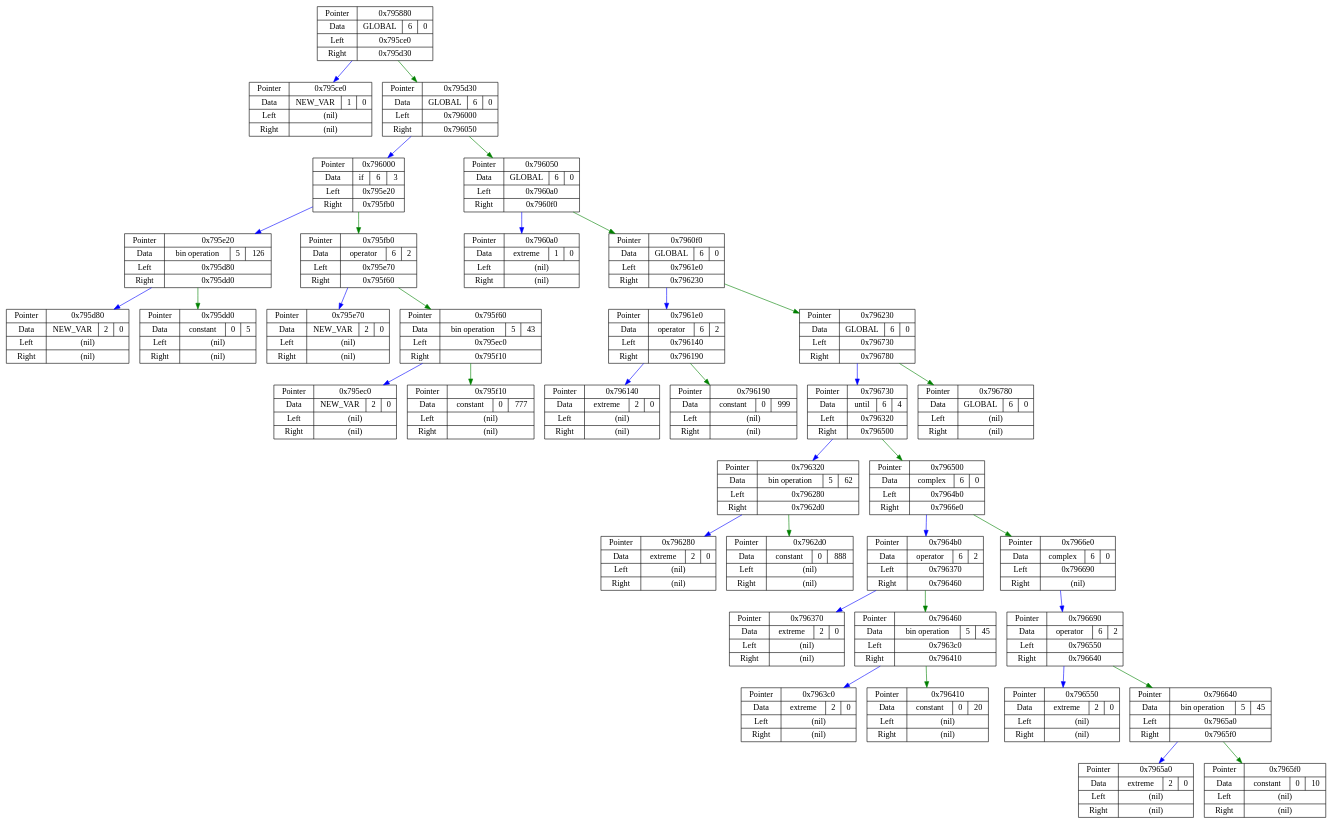
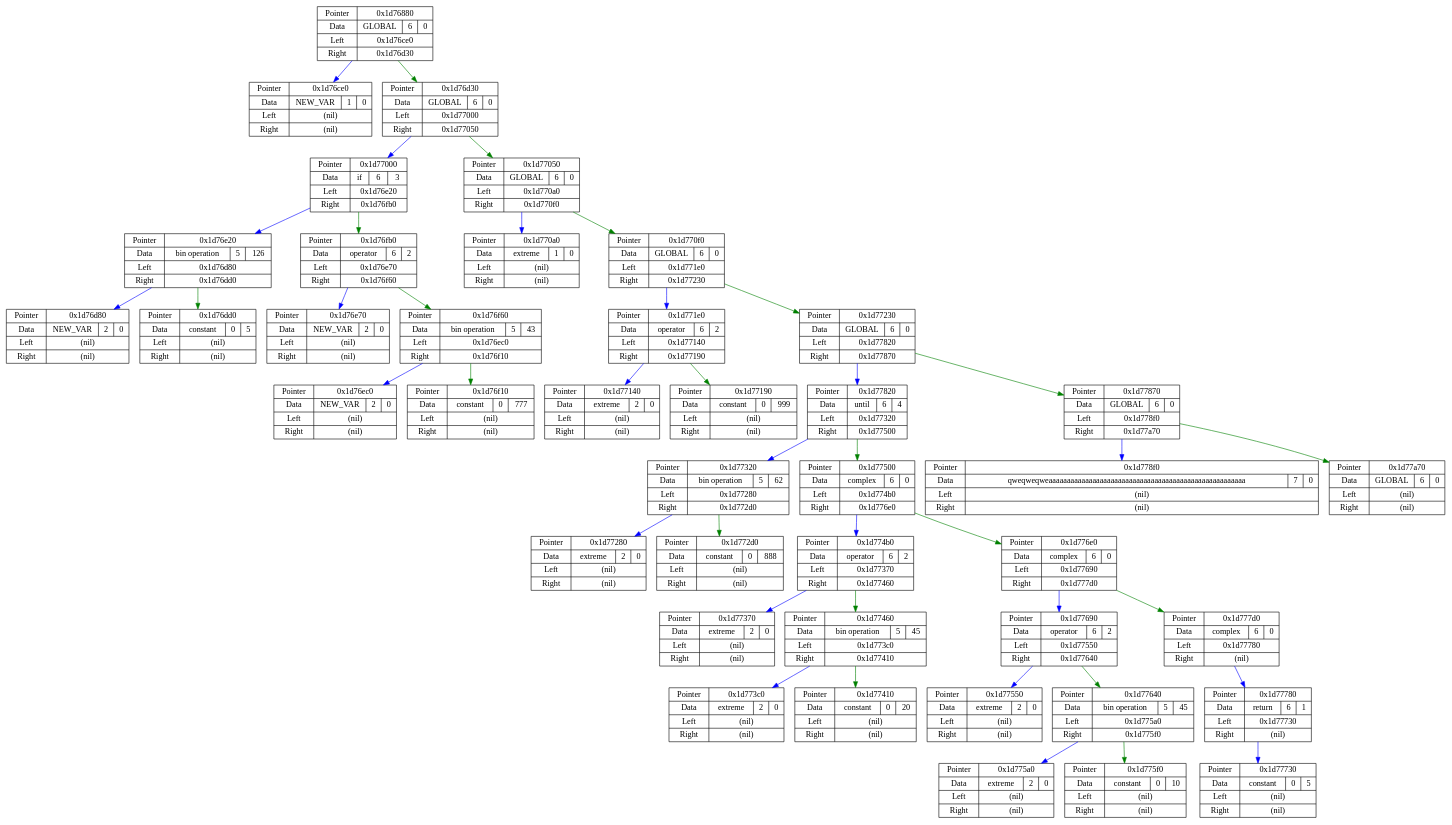
One commit to E3798211/JIT changed the diagram in Junk/dotdata.dot. Above: the diagram before and after it, drawn with Graphviz. The commit also changed 5 other files, not shown here.

```diff
--- a/Junk/dotdata.dot
+++ b/Junk/dotdata.dot
@@ -1,74 +1,84 @@
 digraph G {
 node[shape = record];
-7952512  [label = "{ Pointer | Data | Left | Right }  | { 0x795880 | { GLOBAL | 6 | 0 } | 0x795ce0 | 0x795d30 }"];
-7953632  [label = "{ Pointer | Data | Left | Right }  | { 0x795ce0 | { NEW_VAR | 1 | 0 } | (nil) | (nil) }"];
-7953712  [label = "{ Pointer | Data | Left | Right }  | { 0x795d30 | { GLOBAL | 6 | 0 } | 0x796000 | 0x796050 }"];
-7954432  [label = "{ Pointer | Data | Left | Right }  | { 0x796000 | { if | 6 | 3 } | 0x795e20 | 0x795fb0 }"];
-7953952  [label = "{ Pointer | Data | Left | Right }  | { 0x795e20 | { bin operation | 5 | 126 } | 0x795d80 | 0x795dd0 }"];
-7953792  [label = "{ Pointer | Data | Left | Right }  | { 0x795d80 | { NEW_VAR | 2 | 0 } | (nil) | (nil) }"];
-7953872  [label = "{ Pointer | Data | Left | Right }  | { 0x795dd0 | { constant | 0 | 5 } | (nil) | (nil) }"];
-7954352  [label = "{ Pointer | Data | Left | Right }  | { 0x795fb0 | { operator | 6 | 2 } | 0x795e70 | 0x795f60 }"];
-7954032  [label = "{ Pointer | Data | Left | Right }  | { 0x795e70 | { NEW_VAR | 2 | 0 } | (nil) | (nil) }"];
-7954272  [label = "{ Pointer | Data | Left | Right }  | { 0x795f60 | { bin operation | 5 | 43 } | 0x795ec0 | 0x795f10 }"];
-7954112  [label = "{ Pointer | Data | Left | Right }  | { 0x795ec0 | { NEW_VAR | 2 | 0 } | (nil) | (nil) }"];
-7954192  [label = "{ Pointer | Data | Left | Right }  | { 0x795f10 | { constant | 0 | 777 } | (nil) | (nil) }"];
-7954512  [label = "{ Pointer | Data | Left | Right }  | { 0x796050 | { GLOBAL | 6 | 0 } | 0x7960a0 | 0x7960f0 }"];
-7954592  [label = "{ Pointer | Data | Left | Right }  | { 0x7960a0 | { extreme | 1 | 0 } | (nil) | (nil) }"];
-7954672  [label = "{ Pointer | Data | Left | Right }  | { 0x7960f0 | { GLOBAL | 6 | 0 } | 0x7961e0 | 0x796230 }"];
-7954912  [label = "{ Pointer | Data | Left | Right }  | { 0x7961e0 | { operator | 6 | 2 } | 0x796140 | 0x796190 }"];
-7954752  [label = "{ Pointer | Data | Left | Right }  | { 0x796140 | { extreme | 2 | 0 } | (nil) | (nil) }"];
-7954832  [label = "{ Pointer | Data | Left | Right }  | { 0x796190 | { constant | 0 | 999 } | (nil) | (nil) }"];
-7954992  [label = "{ Pointer | Data | Left | Right }  | { 0x796230 | { GLOBAL | 6 | 0 } | 0x796730 | 0x796780 }"];
-7956272  [label = "{ Pointer | Data | Left | Right }  | { 0x796730 | { until | 6 | 4 } | 0x796320 | 0x796500 }"];
-7955232  [label = "{ Pointer | Data | Left | Right }  | { 0x796320 | { bin operation | 5 | 62 } | 0x796280 | 0x7962d0 }"];
-7955072  [label = "{ Pointer | Data | Left | Right }  | { 0x796280 | { extreme | 2 | 0 } | (nil) | (nil) }"];
-7955152  [label = "{ Pointer | Data | Left | Right }  | { 0x7962d0 | { constant | 0 | 888 } | (nil) | (nil) }"];
-7955712  [label = "{ Pointer | Data | Left | Right }  | { 0x796500 | { complex | 6 | 0 } | 0x7964b0 | 0x7966e0 }"];
-7955632  [label = "{ Pointer | Data | Left | Right }  | { 0x7964b0 | { operator | 6 | 2 } | 0x796370 | 0x796460 }"];
-7955312  [label = "{ Pointer | Data | Left | Right }  | { 0x796370 | { extreme | 2 | 0 } | (nil) | (nil) }"];
-7955552  [label = "{ Pointer | Data | Left | Right }  | { 0x796460 | { bin operation | 5 | 45 } | 0x7963c0 | 0x796410 }"];
-7955392  [label = "{ Pointer | Data | Left | Right }  | { 0x7963c0 | { extreme | 2 | 0 } | (nil) | (nil) }"];
-7955472  [label = "{ Pointer | Data | Left | Right }  | { 0x796410 | { constant | 0 | 20 } | (nil) | (nil) }"];
-7956192  [label = "{ Pointer | Data | Left | Right }  | { 0x7966e0 | { complex | 6 | 0 } | 0x796690 | (nil) }"];
-7956112  [label = "{ Pointer | Data | Left | Right }  | { 0x796690 | { operator | 6 | 2 } | 0x796550 | 0x796640 }"];
-7955792  [label = "{ Pointer | Data | Left | Right }  | { 0x796550 | { extreme | 2 | 0 } | (nil) | (nil) }"];
-7956032  [label = "{ Pointer | Data | Left | Right }  | { 0x796640 | { bin operation | 5 | 45 } | 0x7965a0 | 0x7965f0 }"];
-7955872  [label = "{ Pointer | Data | Left | Right }  | { 0x7965a0 | { extreme | 2 | 0 } | (nil) | (nil) }"];
-7955952  [label = "{ Pointer | Data | Left | Right }  | { 0x7965f0 | { constant | 0 | 10 } | (nil) | (nil) }"];
-7956352  [label = "{ Pointer | Data | Left | Right }  | { 0x796780 | { GLOBAL | 6 | 0 } | (nil) | (nil) }"];
-7952512 -> 7953632 [color = blue];
-7952512 -> 7953712 [color = green];
-7953712 -> 7954432 [color = blue];
-7953712 -> 7954512 [color = green];
-7954432 -> 7953952 [color = blue];
-7954432 -> 7954352 [color = green];
-7953952 -> 7953792 [color = blue];
-7953952 -> 7953872 [color = green];
-7954352 -> 7954032 [color = blue];
-7954352 -> 7954272 [color = green];
-7954272 -> 7954112 [color = blue];
-7954272 -> 7954192 [color = green];
-7954512 -> 7954592 [color = blue];
-7954512 -> 7954672 [color = green];
-7954672 -> 7954912 [color = blue];
-7954672 -> 7954992 [color = green];
-7954912 -> 7954752 [color = blue];
-7954912 -> 7954832 [color = green];
-7954992 -> 7956272 [color = blue];
-7954992 -> 7956352 [color = green];
-7956272 -> 7955232 [color = blue];
-7956272 -> 7955712 [color = green];
-7955232 -> 7955072 [color = blue];
-7955232 -> 7955152 [color = green];
-7955712 -> 7955632 [color = blue];
-7955712 -> 7956192 [color = green];
-7955632 -> 7955312 [color = blue];
-7955632 -> 7955552 [color = green];
-7955552 -> 7955392 [color = blue];
-7955552 -> 7955472 [color = green];
-7956192 -> 7956112 [color = blue];
-7956112 -> 7955792 [color = blue];
-7956112 -> 7956032 [color = green];
-7956032 -> 7955872 [color = blue];
-7956032 -> 7955952 [color = green];
+30894208  [label = "{ Pointer | Data | Left | Right }  | { 0x1d76880 | { GLOBAL | 6 | 0 } | 0x1d76ce0 | 0x1d76d30 }"];
+30895328  [label = "{ Pointer | Data | Left | Right }  | { 0x1d76ce0 | { NEW_VAR | 1 | 0 } | (nil) | (nil) }"];
+30895408  [label = "{ Pointer | Data | Left | Right }  | { 0x1d76d30 | { GLOBAL | 6 | 0 } | 0x1d77000 | 0x1d77050 }"];
+30896128  [label = "{ Pointer | Data | Left | Right }  | { 0x1d77000 | { if | 6 | 3 } | 0x1d76e20 | 0x1d76fb0 }"];
+30895648  [label = "{ Pointer | Data | Left | Right }  | { 0x1d76e20 | { bin operation | 5 | 126 } | 0x1d76d80 | 0x1d76dd0 }"];
+30895488  [label = "{ Pointer | Data | Left | Right }  | { 0x1d76d80 | { NEW_VAR | 2 | 0 } | (nil) | (nil) }"];
+30895568  [label = "{ Pointer | Data | Left | Right }  | { 0x1d76dd0 | { constant | 0 | 5 } | (nil) | (nil) }"];
+30896048  [label = "{ Pointer | Data | Left | Right }  | { 0x1d76fb0 | { operator | 6 | 2 } | 0x1d76e70 | 0x1d76f60 }"];
+30895728  [label = "{ Pointer | Data | Left | Right }  | { 0x1d76e70 | { NEW_VAR | 2 | 0 } | (nil) | (nil) }"];
+30895968  [label = "{ Pointer | Data | Left | Right }  | { 0x1d76f60 | { bin operation | 5 | 43 } | 0x1d76ec0 | 0x1d76f10 }"];
+30895808  [label = "{ Pointer | Data | Left | Right }  | { 0x1d76ec0 | { NEW_VAR | 2 | 0 } | (nil) | (nil) }"];
+30895888  [label = "{ Pointer | Data | Left | Right }  | { 0x1d76f10 | { constant | 0 | 777 } | (nil) | (nil) }"];
+30896208  [label = "{ Pointer | Data | Left | Right }  | { 0x1d77050 | { GLOBAL | 6 | 0 } | 0x1d770a0 | 0x1d770f0 }"];
+30896288  [label = "{ Pointer | Data | Left | Right }  | { 0x1d770a0 | { extreme | 1 | 0 } | (nil) | (nil) }"];
+30896368  [label = "{ Pointer | Data | Left | Right }  | { 0x1d770f0 | { GLOBAL | 6 | 0 } | 0x1d771e0 | 0x1d77230 }"];
+30896608  [label = "{ Pointer | Data | Left | Right }  | { 0x1d771e0 | { operator | 6 | 2 } | 0x1d77140 | 0x1d77190 }"];
+30896448  [label = "{ Pointer | Data | Left | Right }  | { 0x1d77140 | { extreme | 2 | 0 } | (nil) | (nil) }"];
+30896528  [label = "{ Pointer | Data | Left | Right }  | { 0x1d77190 | { constant | 0 | 999 } | (nil) | (nil) }"];
+30896688  [label = "{ Pointer | Data | Left | Right }  | { 0x1d77230 | { GLOBAL | 6 | 0 } | 0x1d77820 | 0x1d77870 }"];
+30898208  [label = "{ Pointer | Data | Left | Right }  | { 0x1d77820 | { until | 6 | 4 } | 0x1d77320 | 0x1d77500 }"];
+30896928  [label = "{ Pointer | Data | Left | Right }  | { 0x1d77320 | { bin operation | 5 | 62 } | 0x1d77280 | 0x1d772d0 }"];
+30896768  [label = "{ Pointer | Data | Left | Right }  | { 0x1d77280 | { extreme | 2 | 0 } | (nil) | (nil) }"];
+30896848  [label = "{ Pointer | Data | Left | Right }  | { 0x1d772d0 | { constant | 0 | 888 } | (nil) | (nil) }"];
+30897408  [label = "{ Pointer | Data | Left | Right }  | { 0x1d77500 | { complex | 6 | 0 } | 0x1d774b0 | 0x1d776e0 }"];
+30897328  [label = "{ Pointer | Data | Left | Right }  | { 0x1d774b0 | { operator | 6 | 2 } | 0x1d77370 | 0x1d77460 }"];
+30897008  [label = "{ Pointer | Data | Left | Right }  | { 0x1d77370 | { extreme | 2 | 0 } | (nil) | (nil) }"];
+30897248  [label = "{ Pointer | Data | Left | Right }  | { 0x1d77460 | { bin operation | 5 | 45 } | 0x1d773c0 | 0x1d77410 }"];
+30897088  [label = "{ Pointer | Data | Left | Right }  | { 0x1d773c0 | { extreme | 2 | 0 } | (nil) | (nil) }"];
+30897168  [label = "{ Pointer | Data | Left | Right }  | { 0x1d77410 | { constant | 0 | 20 } | (nil) | (nil) }"];
+30897888  [label = "{ Pointer | Data | Left | Right }  | { 0x1d776e0 | { complex | 6 | 0 } | 0x1d77690 | 0x1d777d0 }"];
+30897808  [label = "{ Pointer | Data | Left | Right }  | { 0x1d77690 | { operator | 6 | 2 } | 0x1d77550 | 0x1d77640 }"];
+30897488  [label = "{ Pointer | Data | Left | Right }  | { 0x1d77550 | { extreme | 2 | 0 } | (nil) | (nil) }"];
+30897728  [label = "{ Pointer | Data | Left | Right }  | { 0x1d77640 | { bin operation | 5 | 45 } | 0x1d775a0 | 0x1d775f0 }"];
+30897568  [label = "{ Pointer | Data | Left | Right }  | { 0x1d775a0 | { extreme | 2 | 0 } | (nil) | (nil) }"];
+30897648  [label = "{ Pointer | Data | Left | Right }  | { 0x1d775f0 | { constant | 0 | 10 } | (nil) | (nil) }"];
+30898128  [label = "{ Pointer | Data | Left | Right }  | { 0x1d777d0 | { complex | 6 | 0 } | 0x1d77780 | (nil) }"];
+30898048  [label = "{ Pointer | Data | Left | Right }  | { 0x1d77780 | { return | 6 | 1 } | 0x1d77730 | (nil) }"];
+30897968  [label = "{ Pointer | Data | Left | Right }  | { 0x1d77730 | { constant | 0 | 5 } | (nil) | (nil) }"];
+30898288  [label = "{ Pointer | Data | Left | Right }  | { 0x1d77870 | { GLOBAL | 6 | 0 } | 0x1d778f0 | 0x1d77a70 }"];
+30898416  [label = "{ Pointer | Data | Left | Right }  | { 0x1d778f0 | { qweqweqweaaaaaaaaaaaaaaaaaaaaaaaaaaaaaaaaaaaaaaaaaaaaaaaaaaaaaa | 7 | 0 } | (nil) | (nil) }"];
+30898800  [label = "{ Pointer | Data | Left | Right }  | { 0x1d77a70 | { GLOBAL | 6 | 0 } | (nil) | (nil) }"];
+30894208 -> 30895328 [color = blue];
+30894208 -> 30895408 [color = green];
+30895408 -> 30896128 [color = blue];
+30895408 -> 30896208 [color = green];
+30896128 -> 30895648 [color = blue];
+30896128 -> 30896048 [color = green];
+30895648 -> 30895488 [color = blue];
+30895648 -> 30895568 [color = green];
+30896048 -> 30895728 [color = blue];
+30896048 -> 30895968 [color = green];
+30895968 -> 30895808 [color = blue];
+30895968 -> 30895888 [color = green];
+30896208 -> 30896288 [color = blue];
+30896208 -> 30896368 [color = green];
+30896368 -> 30896608 [color = blue];
+30896368 -> 30896688 [color = green];
+30896608 -> 30896448 [color = blue];
+30896608 -> 30896528 [color = green];
+30896688 -> 30898208 [color = blue];
+30896688 -> 30898288 [color = green];
+30898208 -> 30896928 [color = blue];
+30898208 -> 30897408 [color = green];
+30896928 -> 30896768 [color = blue];
+30896928 -> 30896848 [color = green];
+30897408 -> 30897328 [color = blue];
+30897408 -> 30897888 [color = green];
+30897328 -> 30897008 [color = blue];
+30897328 -> 30897248 [color = green];
+30897248 -> 30897088 [color = blue];
+30897248 -> 30897168 [color = green];
+30897888 -> 30897808 [color = blue];
+30897888 -> 30898128 [color = green];
+30897808 -> 30897488 [color = blue];
+30897808 -> 30897728 [color = green];
+30897728 -> 30897568 [color = blue];
+30897728 -> 30897648 [color = green];
+30898128 -> 30898048 [color = blue];
+30898048 -> 30897968 [color = blue];
+30898288 -> 30898416 [color = blue];
+30898288 -> 30898800 [color = green];
 }
```
